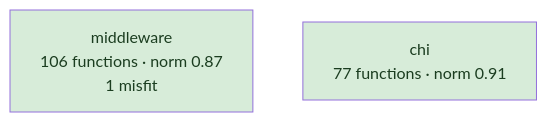
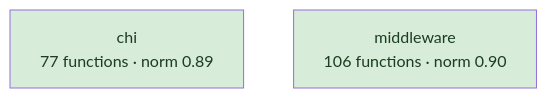
Before and after one commit to LukasSelin/doppel: the second of 7 diagrams in examples/chi.md, drawn with Mermaid. The commit also changed other lines of this file and 66 other files, not shown here.

````diff
--- a/examples/chi.md
+++ b/examples/chi.md
@@ -121,9 +150,9 @@
 ```mermaid
 flowchart TD
-    h0["middleware<br/>106 functions · norm 0.87<br/>1 misfit"]
-    h1["chi<br/>77 functions · norm 0.91"]
+    h0["chi<br/>77 functions · norm 0.89"]
+    h1["middleware<br/>106 functions · norm 0.90"]
     classDef good fill:#d7ecd9,color:#1b3d20
     classDef warn fill:#fbeecb,color:#4a3a12
     classDef hot fill:#f7d6d6,color:#4a1c1c
     class h0,h1 good
 ```
````
